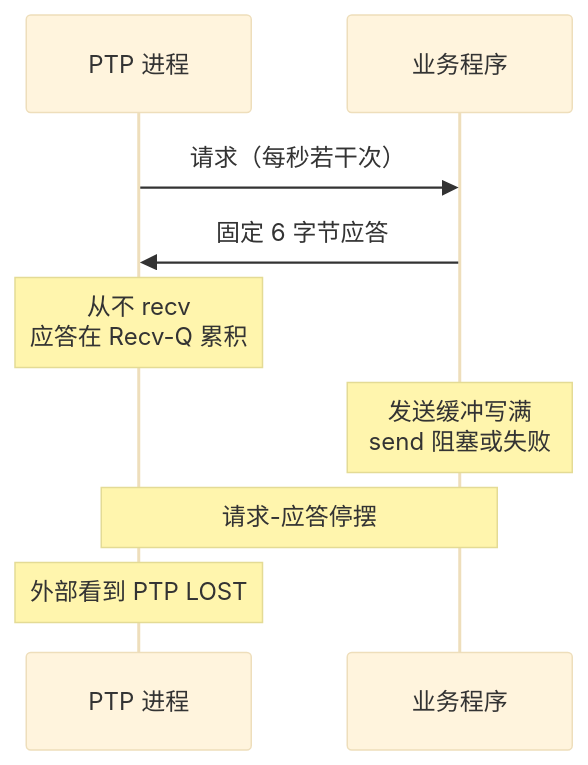
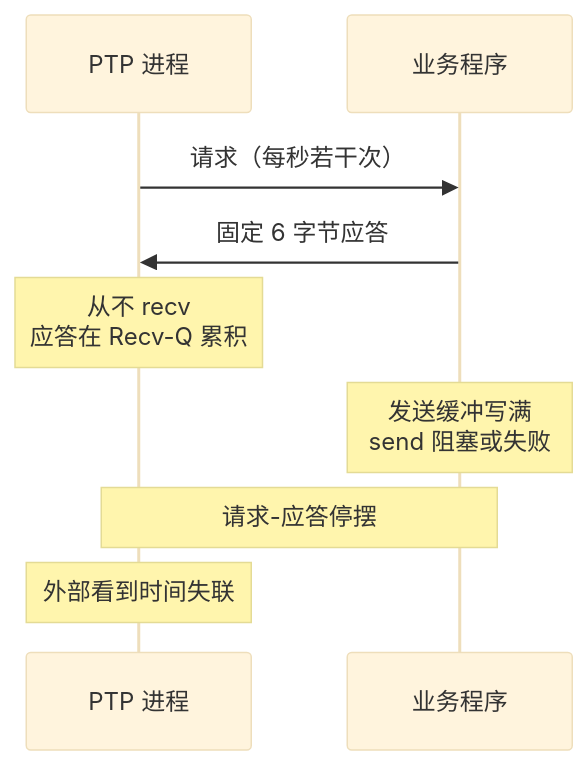
Before and after one commit to DeguiLiu/tech-notes: the second of 5 diagrams in content/posts/performance/ptp_state_machine_field_troubleshooting.md, drawn with Mermaid. The commit also changed other lines of this file, not shown here.

Commit message:
story-docs(blog): use generic PTP states in public post

````diff
--- a/content/posts/performance/ptp_state_machine_field_troubleshooting.md
+++ b/content/posts/performance/ptp_state_machine_field_troubleshooting.md
@@ -185,12 +197,12 @@
 ```mermaid
 %%{init: {"theme":"base","themeVariables":{"fontFamily":"sans-serif","fontSize":"18px"}}}%%
 sequenceDiagram
     participant P as PTP 进程
     participant A as 业务程序
     P->>A: 请求（每秒若干次）
     A->>P: 固定 6 字节应答
     Note over P: 从不 recv<br/>应答在 Recv-Q 累积
     Note over A: 发送缓冲写满<br/>send 阻塞或失败
     Note over P,A: 请求-应答停摆
-    Note over P: 外部看到 PTP LOST
+    Note over P: 外部看到时间失联
 ```
````
